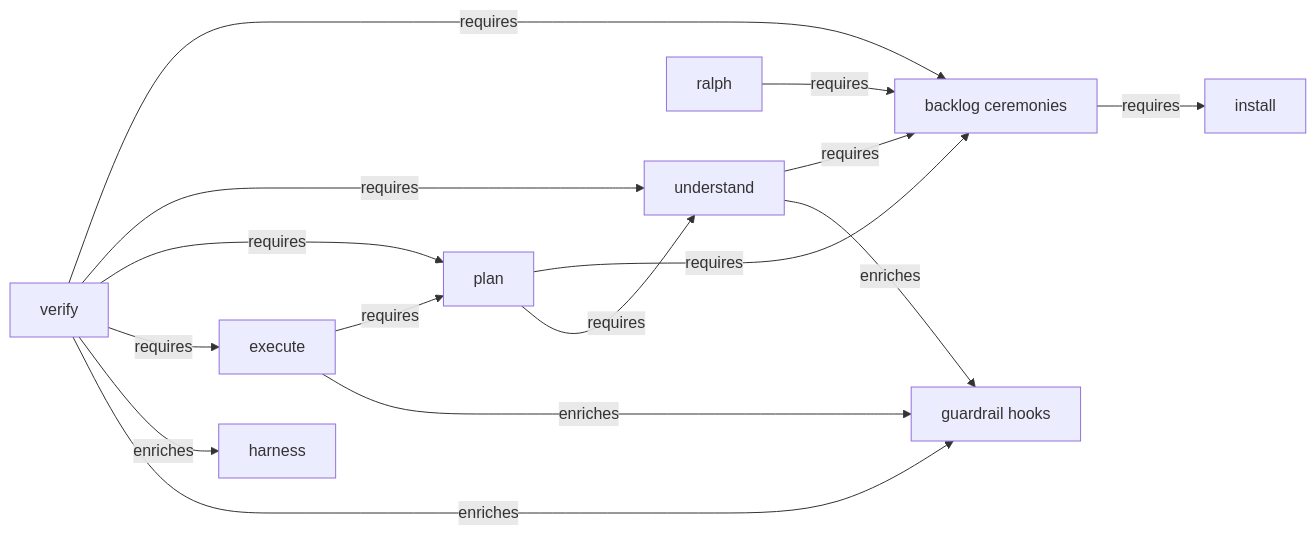
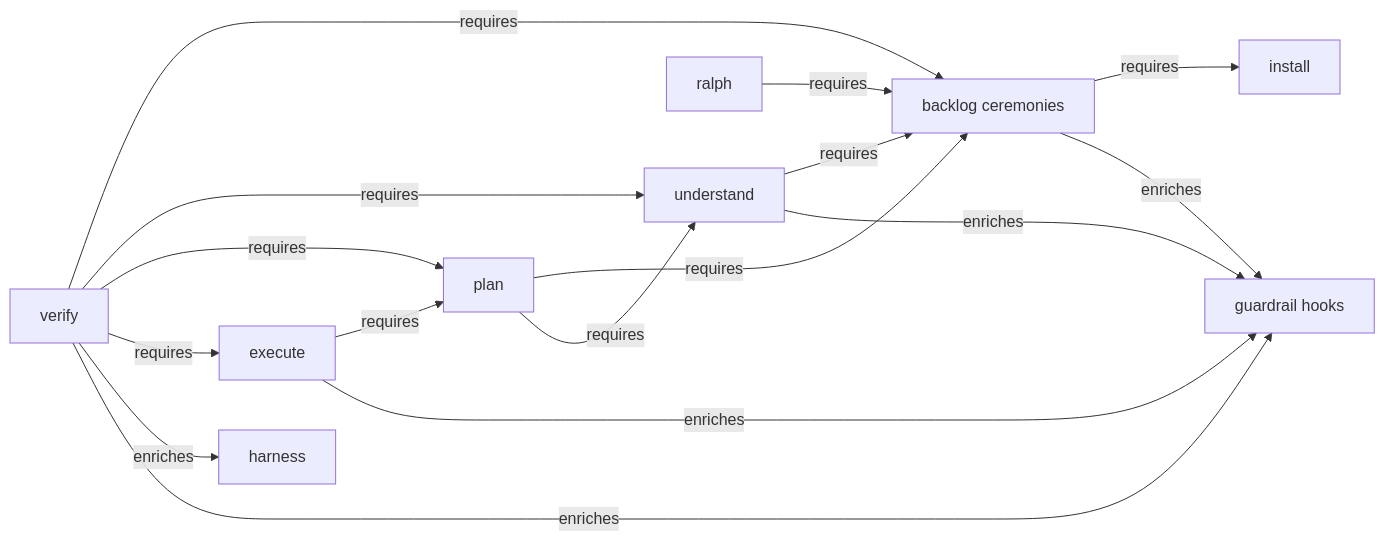
One commit to jisaballo/ai-flow changed the diagram in docs/architecture/README.md. Above: the diagram before and after it, drawn with Mermaid. The commit also changed other lines of this file and 2 other files, not shown here.

Commit message:
feat(architecture): backlog ceremonies has an architecture card, computed against the ledger it describes
Only verify carried a card; a session touching the task-resolution ladder, the two ceremonies, the
task-papers shapes, the Icebox or the BACKLOG/STATE size budget had to read the whole backlog protocol
and separately find which hook enforces each rule. docs/architecture/ceremonies.md mirrors verify.md's
shape exactly, registered in the map with the ceremonies -->|enriches| hooks edge. The homes table's six
rows are computed rather than authored: marker89() gets one grep/awk case per concept, each proved by
hand against the live tree before being trusted.

````diff
--- a/docs/architecture/README.md
+++ b/docs/architecture/README.md
@@ -17,27 +17,28 @@
 ```mermaid
 flowchart LR
   install["install"]
   ceremonies["backlog ceremonies"]
   understand["understand"]
   plan["plan"]
   execute["execute"]
   verify["verify"]
   ralph["ralph"]
   harness["harness"]
   hooks["guardrail hooks"]
 
   ceremonies -->|requires| install
+  ceremonies -->|enriches| hooks
   understand -->|requires| ceremonies
   plan -->|requires| ceremonies
   verify -->|requires| ceremonies
   ralph -->|requires| ceremonies
   plan -->|requires| understand
   execute -->|requires| plan
   verify -->|requires| understand
   verify -->|requires| plan
   verify -->|requires| execute
   verify -->|enriches| harness
   verify -->|enriches| hooks
   understand -->|enriches| hooks
   execute -->|enriches| hooks
 ```
````
